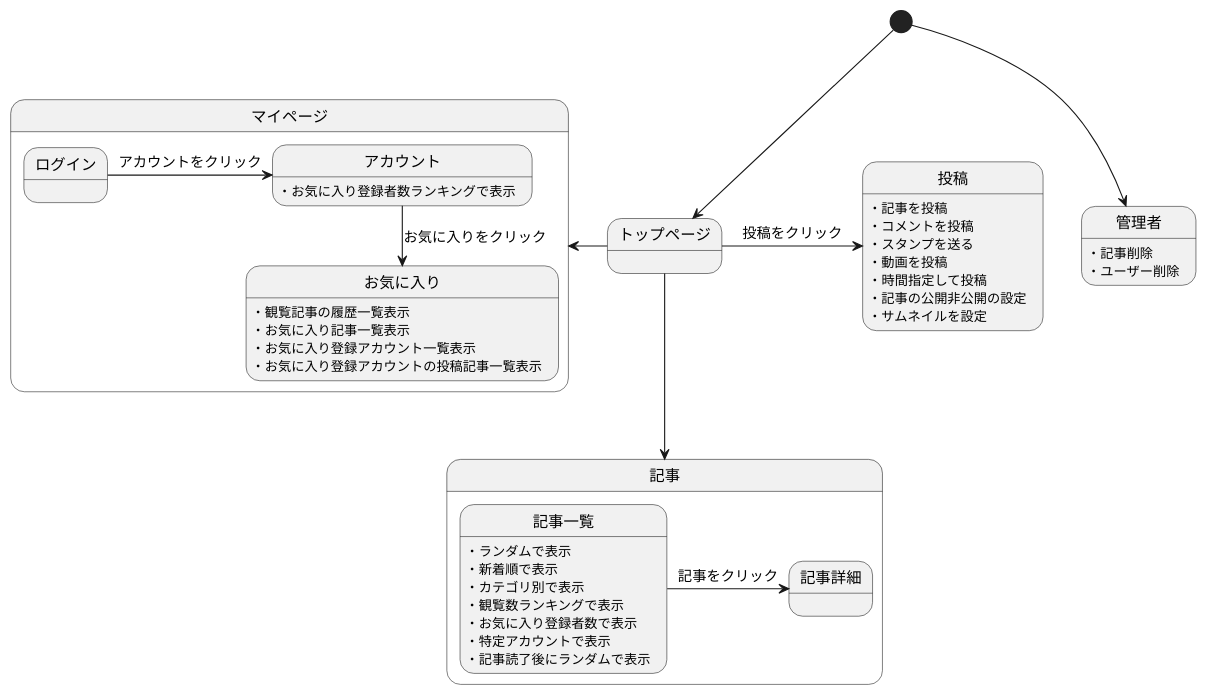
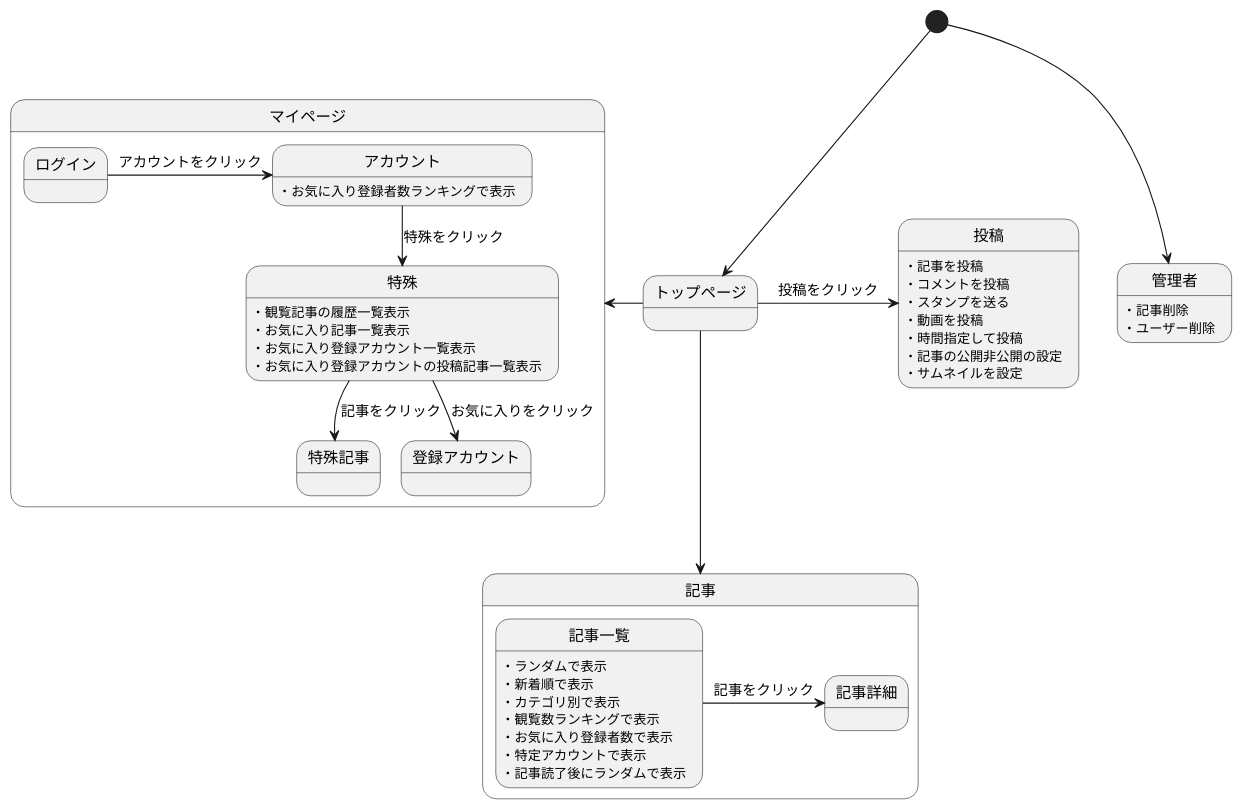
One commit to Aso2001001/2022System changed the diagram in 後期画面遷移.md. Above: the diagram before and after it, drawn with PlantUML.

````diff
--- a/後期画面遷移.md
+++ b/後期画面遷移.md
@@ -1,54 +1,54 @@
 ```uml
 @startuml
 [*] --> トップページ
 
 state 記事{
 記事一覧 -> 記事詳細 : 記事をクリック
 
 
 記事一覧:・ランダムで表示
 記事一覧:・新着順で表示
 記事一覧:・カテゴリ別で表示
 記事一覧:・観覧数ランキングで表示
 記事一覧:・お気に入り登録者数で表示
 記事一覧:・特定アカウントで表示
 記事一覧:・記事読了後にランダムで表示
 
 }
 
 state マイページ{
 ログイン -> アカウント : アカウントをクリック
-アカウント -down-> お気に入り : お気に入りをクリック
+アカウント -down-> 特殊 : 特殊をクリック
+特殊 -down-> 特殊記事 :記事をクリック
+特殊 -down-> 登録アカウント :お気に入りをクリック
 
 アカウント:・お気に入り登録者数ランキングで表示
 
-
-
-お気に入り:・観覧記事の履歴一覧表示
-お気に入り:・お気に入り記事一覧表示
-お気に入り:・お気に入り登録アカウント一覧表示
-お気に入り:・お気に入り登録アカウントの投稿記事一覧表示
+特殊:・観覧記事の履歴一覧表示
+特殊:・お気に入り記事一覧表示
+特殊:・お気に入り登録アカウント一覧表示
+特殊:・お気に入り登録アカウントの投稿記事一覧表示
 
 }
 
 
 トップページ -down-> 記事
 トップページ -left-> マイページ
 トップページ -> 投稿 : 投稿をクリック
 投稿:・記事を投稿
 投稿:・コメントを投稿
 投稿:・スタンプを送る
 投稿:・動画を投稿
 投稿:・時間指定して投稿
 投稿:・記事の公開非公開の設定
 投稿:・サムネイルを設定
 
 
 
 [*] --> 管理者
 管理者:・記事削除
 管理者:・ユーザー削除
 
 
 @enduml
 ```
````
